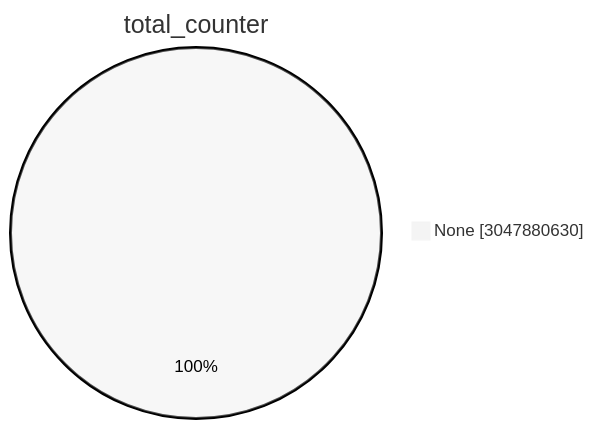
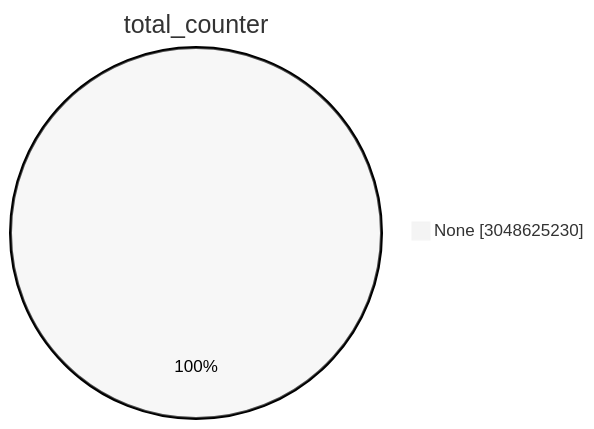
One commit to christiankrug/ctmonitor_visualization changed the first of 15 diagrams in TOTAL/README.md. Above: the diagram before and after it, drawn with Mermaid (neutral theme). The commit also changed other lines of this file, not shown here.

````diff
--- a/TOTAL/README.md
+++ b/TOTAL/README.md
@@ -1,5 +1,5 @@
 ```mermaid
 pie showData
 title total_counter
-"None" :3047880630
+"None" :3048625230
 ```
````
